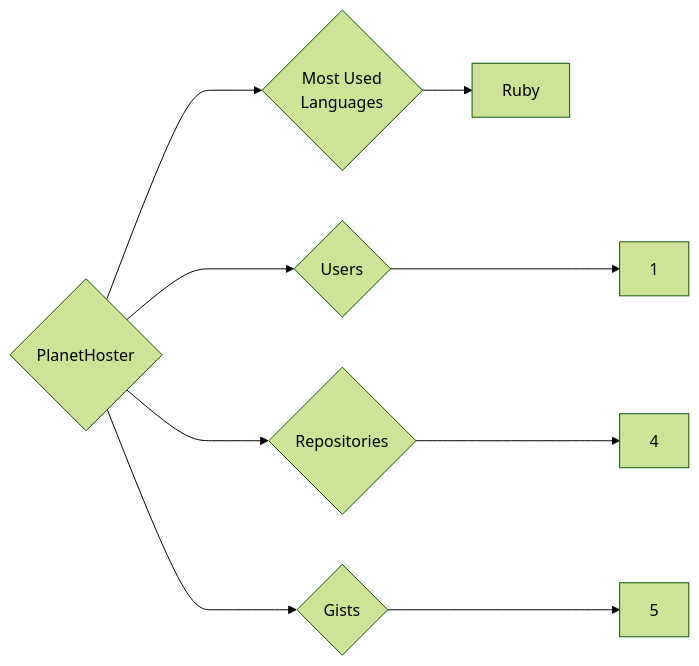
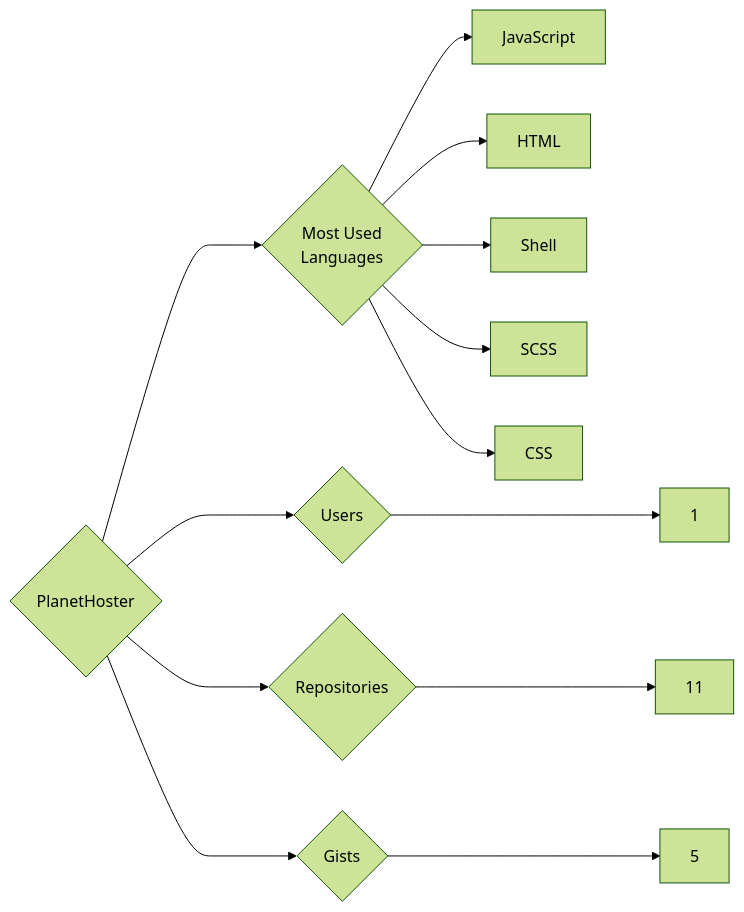
One commit to trickest/insiders changed the diagram in targets/PlanetHoster/README.md. Above: the diagram before and after it, drawn with Mermaid (forest theme). The commit also changed 878 other files, not shown here.

````diff
--- a/targets/PlanetHoster/README.md
+++ b/targets/PlanetHoster/README.md
@@ -3,9 +3,13 @@
 ```mermaid
 graph LR
 COMPANY_NAME{PlanetHoster}
 COMPANY_NAME ---> U{Users} ---> UN[1]
-COMPANY_NAME ---> R{Repositories} ---> RN[4]
+COMPANY_NAME ---> R{Repositories} ---> RN[11]
 COMPANY_NAME ---> G{Gists} ---> GN[5]
 COMPANY_NAME ---> ML{Most Used<br>Languages}
-ML --> Ruby[Ruby]
+ML --> JavaScript[JavaScript]
+ML --> HTML[HTML]
+ML --> Shell[Shell]
+ML --> SCSS[SCSS]
+ML --> CSS[CSS]
 ```
````
